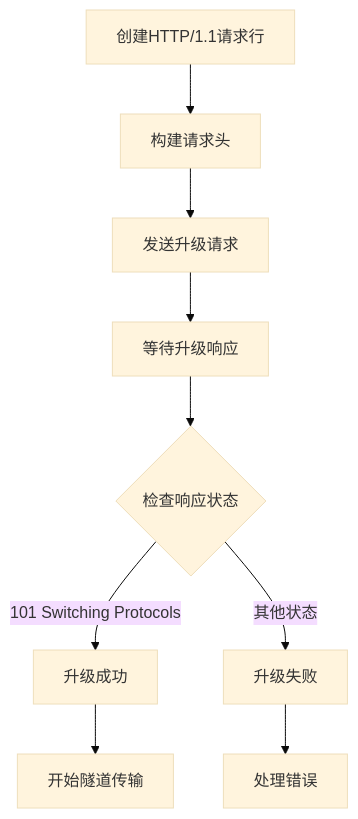
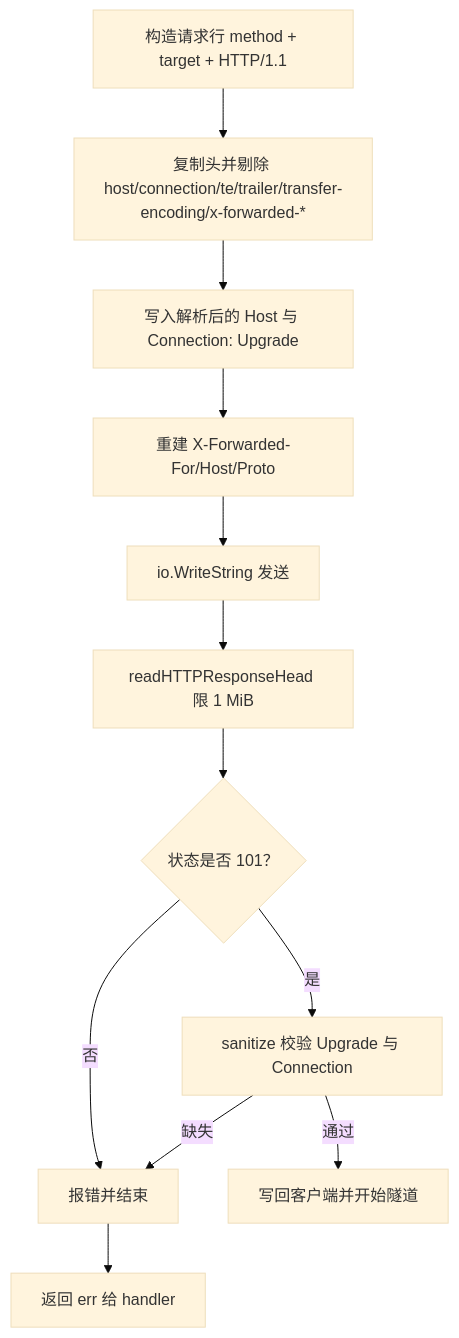
Before and after one commit to x01n/My-OpenWaf: the fifth of 11 diagrams in docs/数据平面处理/WebSocket 连接处理.md, drawn with Mermaid (base theme). The commit also changed other lines of this file and 622 other files, not shown here.

````diff
--- a/docs/数据平面处理/WebSocket 连接处理.md
+++ b/docs/数据平面处理/WebSocket 连接处理.md
@@ -271,11 +285,14 @@
 ```mermaid
 flowchart TD
-CreateRequest[创建HTTP/1.1请求行] --> BuildHeaders[构建请求头]
-BuildHeaders --> SendRequest[发送升级请求]
-SendRequest --> WaitResponse[等待升级响应]
-WaitResponse --> CheckResponse{检查响应状态}
-CheckResponse --> |101 Switching Protocols| UpgradeSuccess[升级成功]
-CheckResponse --> |其他状态| UpgradeFailed[升级失败]
-UpgradeSuccess --> StartTunnel[开始隧道传输]
-UpgradeFailed --> HandleError[处理错误]
+CreateRequest["构造请求行 method + target + HTTP/1.1"] --> BuildHeaders["复制头并剔除 host/connection/te/trailer/transfer-encoding/x-forwarded-*"]
+BuildHeaders --> HostLine["写入解析后的 Host 与 Connection: Upgrade"]
+HostLine --> XFHDR["重建 X-Forwarded-For/Host/Proto"]
+XFHDR --> SendRequest["io.WriteString 发送"]
+SendRequest --> WaitResponse["readHTTPResponseHead 限 1 MiB"]
+WaitResponse --> CheckResponse{"状态是否 101？"}
+CheckResponse --> |否| UpgradeFailed["报错并结束"]
+CheckResponse --> |是| Sanitize["sanitize 校验 Upgrade 与 Connection"]
+Sanitize --> |缺失| UpgradeFailed
+Sanitize --> |通过| StartTunnel["写回客户端并开始隧道"]
+UpgradeFailed --> HandleError["返回 err 给 handler"]
 ```
````
